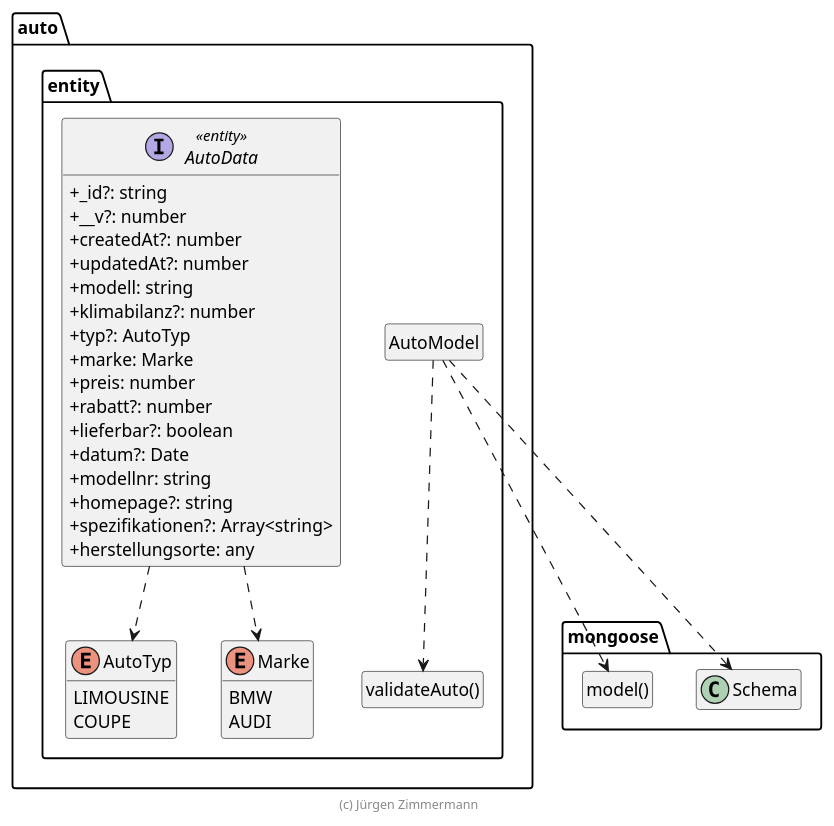
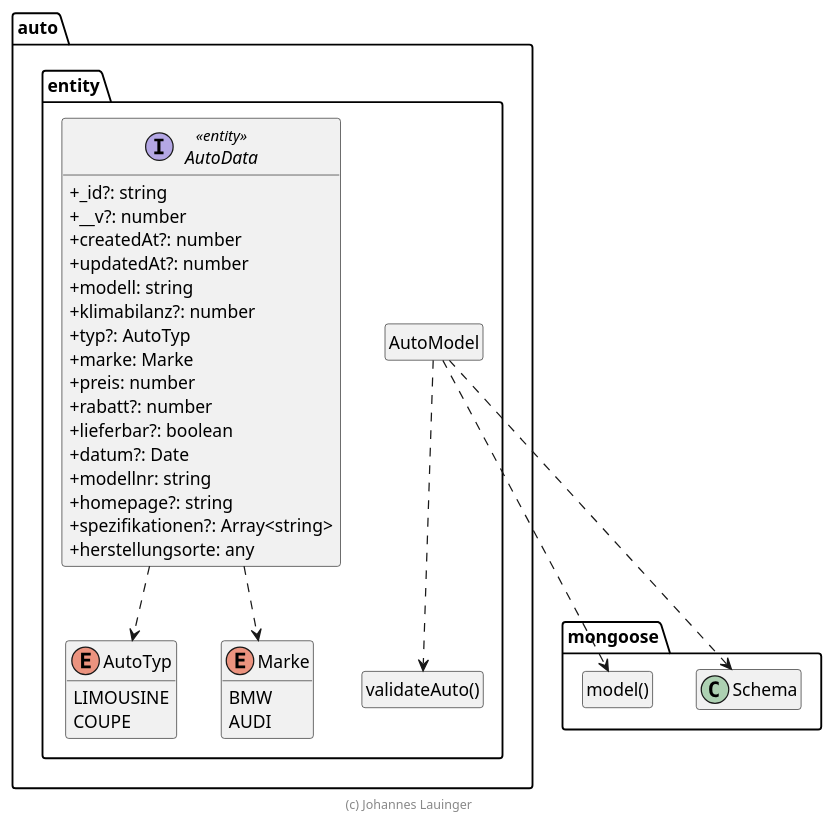
The diagram in doc/entwicklerhandbuch/Auto.puml (FabianMik/Auto), drawn with PlantUML before and after one commit.

```diff
--- a/doc/entwicklerhandbuch/Auto.puml
+++ b/doc/entwicklerhandbuch/Auto.puml
@@ -15,62 +15,62 @@
 @startuml Anwendungskern
 
 !pragma useNewPackage
 skinparam classAttributeIconSize 0
 skinparam componentStyle uml2
 
 package mongoose {
   class Schema
 
   class "model()" as model
   hide model circle
 }
 
 package auto.entity {
   class "validateAuto()" as validateAuto
   hide validateAuto circle
 
   class AutoModel
   hide AutoModel circle
 
   AutoModel ..> Schema
   AutoModel ..> model
   AutoModel ..> validateAuto
 
   AutoData ..> AutoTyp
   AutoData ..> Marke
 
   enum AutoTyp {
     LIMOUSINE
     COUPE
   }
 
   enum Marke {
     BMW
     AUDI
   }
 
   interface AutoData <<entity>> {
     + _id?: string
     + __v?: number
     + createdAt?: number
     + updatedAt?: number
     + modell: string
     + klimabilanz?: number
     + typ?: AutoTyp
     + marke: Marke
     + preis: number
     + rabatt?: number
     + lieferbar?: boolean
     + datum?: Date
     + modellnr: string
     + homepage?: string
     + spezifikationen?: Array<string>
     + herstellungsorte: any
   }
 }
 
 hide empty members
 
-footer (c) Jürgen Zimmermann
+footer (c) Johannes Lauinger
 
 @enduml
```
